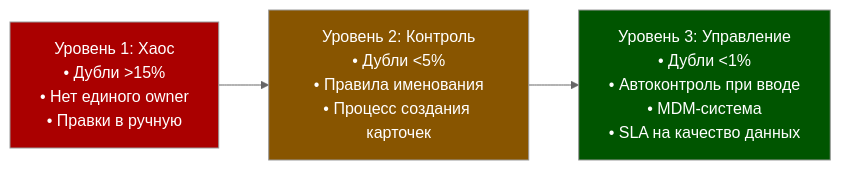
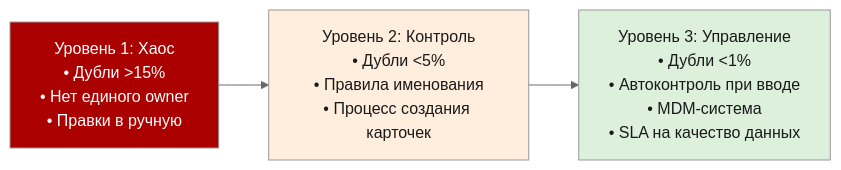
The ninth of 9 diagrams in content/1c-erp/week_2/Неделя 2 - День 7 - История грязных НСИ.md (murad1986/1c-erp-quartz), drawn with Mermaid (neutral theme) before and after one commit. The commit also changed other lines of this file and 57 other files, not shown here.

First line of the commit message:
fix: Mermaid — пастельные цвета в источниках диаграмм (56 файлов)

````diff
--- a/content/1c-erp/week_2/Неделя 2 - День 7 - История грязных НСИ.md
+++ b/content/1c-erp/week_2/Неделя 2 - День 7 - История грязных НСИ.md
@@ -787,19 +787,19 @@
 ```mermaid
 flowchart LR
     L1["Уровень 1: Хаос
 • Дубли >15%
 • Нет единого owner
 • Правки в ручную"] --> L2["Уровень 2: Контроль
 • Дубли <5%
 • Правила именования
 • Процесс создания карточек"]
     L2 --> L3["Уровень 3: Управление
 • Дубли <1%
 • Автоконтроль при вводе
 • MDM-система
 • SLA на качество данных"]
 
     style L1 fill:#AA0000,color:#fff
-    style L2 fill:#885500,color:#fff
-    style L3 fill:#005500,color:#fff
+    style L2 fill:#ffeedd,color:#1a1a1a
+    style L3 fill:#dcf0dc,color:#1a1a1a
 ```
````
